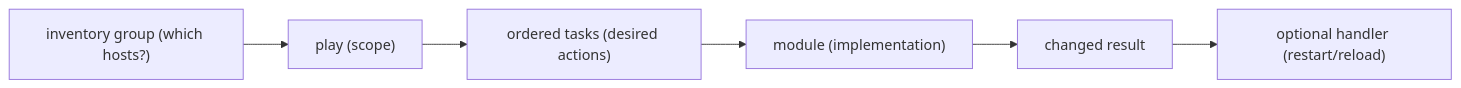
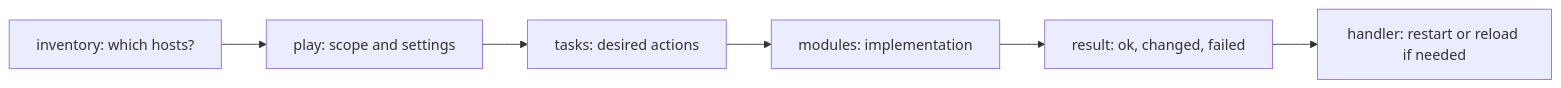
One commit to jithinpnjm/nvidia-devops changed the first of 2 diagrams in docs/volume-10/04-ansible-for-infrastructure-automation.md. Above: the diagram before and after it, drawn with Mermaid. The commit also changed other lines of this file and 1 other file, not shown here.

````diff
--- a/docs/volume-10/04-ansible-for-infrastructure-automation.md
+++ b/docs/volume-10/04-ansible-for-infrastructure-automation.md
@@ -291,8 +43,8 @@
 ```mermaid
 flowchart LR
-    A["inventory group (which hosts?)"] --> B["play (scope)"]
-    B --> C["ordered tasks (desired actions)"]
-    C --> D["module (implementation)"]
-    D --> E[changed result]
-    E --> F["optional handler (restart/reload)"]
+    A["inventory: which hosts?"] --> B["play: scope and settings"]
+    B --> C["tasks: desired actions"]
+    C --> D["modules: implementation"]
+    D --> E["result: ok, changed, failed"]
+    E --> F["handler: restart or reload if needed"]
 ```
````
